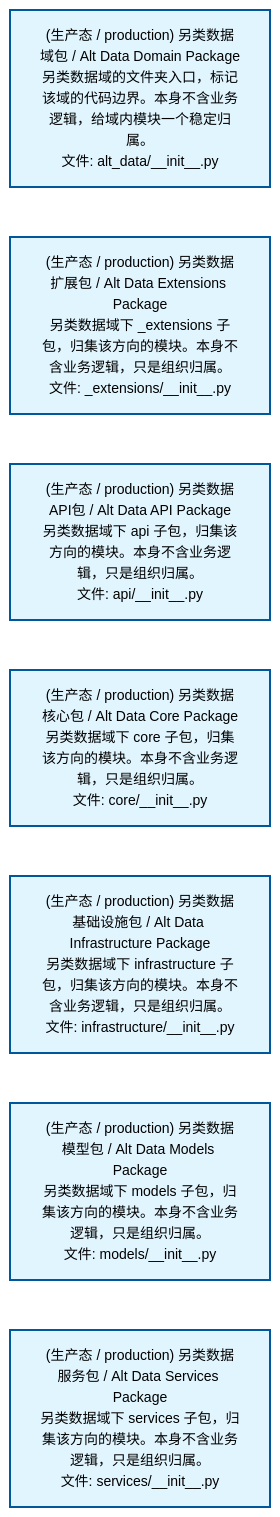
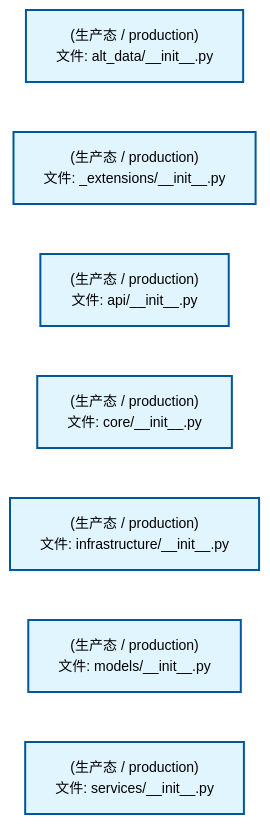
One commit to xuanFelixVan/ZephyrAlpha changed the first of 3 diagrams in docs/02_enterprise_architecture/02_domain_architecture_docs/09_d_alt_data.md. Above: the diagram before and after it, drawn with Mermaid. The commit also changed other lines of this file and 75 other files, not shown here.

````diff
--- a/docs/02_enterprise_architecture/02_domain_architecture_docs/09_d_alt_data.md
+++ b/docs/02_enterprise_architecture/02_domain_architecture_docs/09_d_alt_data.md
@@ -53,22 +53,22 @@
 ```mermaid
 %%{init: {'theme': 'base', 'themeVariables': {'primaryColor': '#eaeaea', 'primaryTextColor': '#333333', 'primaryBorderColor': '#666666', 'lineColor': '#666666', 'secondaryColor': '#eaeaea', 'tertiaryColor': '#eaeaea', 'fontSize': '14px'}}}%%
 flowchart TD
-    src_zephyr_alt_data_init_py["(生产态 / production) 另类数据域包 / Alt Data Domain Package<br/>另类数据域的文件夹入口，标记该域的代码边界。本身不含业务逻辑，给域内模块一个稳定归属。<br/>文件: alt_data/__init__.py"]
-    src_zephyr_alt_data_extensions_init_py["(生产态 / production) 另类数据扩展包 / Alt Data Extensions Package<br/>另类数据域下 _extensions 子包，归集该方向的模块。本身不含业务逻辑，只是组织归属。<br/>文件: _extensions/__init__.py"]
-    src_zephyr_alt_data_api_init_py["(生产态 / production) 另类数据API包 / Alt Data API Package<br/>另类数据域下 api 子包，归集该方向的模块。本身不含业务逻辑，只是组织归属。<br/>文件: api/__init__.py"]
-    src_zephyr_alt_data_core_init_py["(生产态 / production) 另类数据核心包 / Alt Data Core Package<br/>另类数据域下 core 子包，归集该方向的模块。本身不含业务逻辑，只是组织归属。<br/>文件: core/__init__.py"]
-    src_zephyr_alt_data_infrastructure_init_py["(生产态 / production) 另类数据基础设施包 / Alt Data Infrastructure Package<br/>另类数据域下 infrastructure 子包，归集该方向的模块。本身不含业务逻辑，只是组织归属。<br/>文件: infrastructure/__init__.py"]
-    src_zephyr_alt_data_models_init_py["(生产态 / production) 另类数据模型包 / Alt Data Models Package<br/>另类数据域下 models 子包，归集该方向的模块。本身不含业务逻辑，只是组织归属。<br/>文件: models/__init__.py"]
-    src_zephyr_alt_data_services_init_py["(生产态 / production) 另类数据服务包 / Alt Data Services Package<br/>另类数据域下 services 子包，归集该方向的模块。本身不含业务逻辑，只是组织归属。<br/>文件: services/__init__.py"]
+    src_zephyr_alt_data_init_py["(生产态 / production)<br/>文件: alt_data/__init__.py"]
+    src_zephyr_alt_data_extensions_init_py["(生产态 / production)<br/>文件: _extensions/__init__.py"]
+    src_zephyr_alt_data_api_init_py["(生产态 / production)<br/>文件: api/__init__.py"]
+    src_zephyr_alt_data_core_init_py["(生产态 / production)<br/>文件: core/__init__.py"]
+    src_zephyr_alt_data_infrastructure_init_py["(生产态 / production)<br/>文件: infrastructure/__init__.py"]
+    src_zephyr_alt_data_models_init_py["(生产态 / production)<br/>文件: models/__init__.py"]
+    src_zephyr_alt_data_services_init_py["(生产态 / production)<br/>文件: services/__init__.py"]
     src_zephyr_alt_data_init_py ~~~ src_zephyr_alt_data_extensions_init_py
     src_zephyr_alt_data_extensions_init_py ~~~ src_zephyr_alt_data_api_init_py
     src_zephyr_alt_data_api_init_py ~~~ src_zephyr_alt_data_core_init_py
     src_zephyr_alt_data_core_init_py ~~~ src_zephyr_alt_data_infrastructure_init_py
     src_zephyr_alt_data_infrastructure_init_py ~~~ src_zephyr_alt_data_models_init_py
     src_zephyr_alt_data_models_init_py ~~~ src_zephyr_alt_data_services_init_py
     classDef production fill:#e1f5fe,stroke:#01579b,stroke-width:2px,color:#000
     classDef design fill:#fff3e0,stroke:#e65100,stroke-width:2px,color:#000,stroke-dasharray: 5 5
     classDef external_prod fill:#e8f4fd,stroke:#0277bd,stroke-width:1px,color:#000
     classDef external_design fill:#fff8e7,stroke:#ef6c00,stroke-width:1px,color:#000,stroke-dasharray: 5 5
     class src_zephyr_alt_data_init_py,src_zephyr_alt_data_extensions_init_py,src_zephyr_alt_data_api_init_py,src_zephyr_alt_data_core_init_py,src_zephyr_alt_data_infrastructure_init_py,src_zephyr_alt_data_models_init_py,src_zephyr_alt_data_services_init_py production
 ```
````
